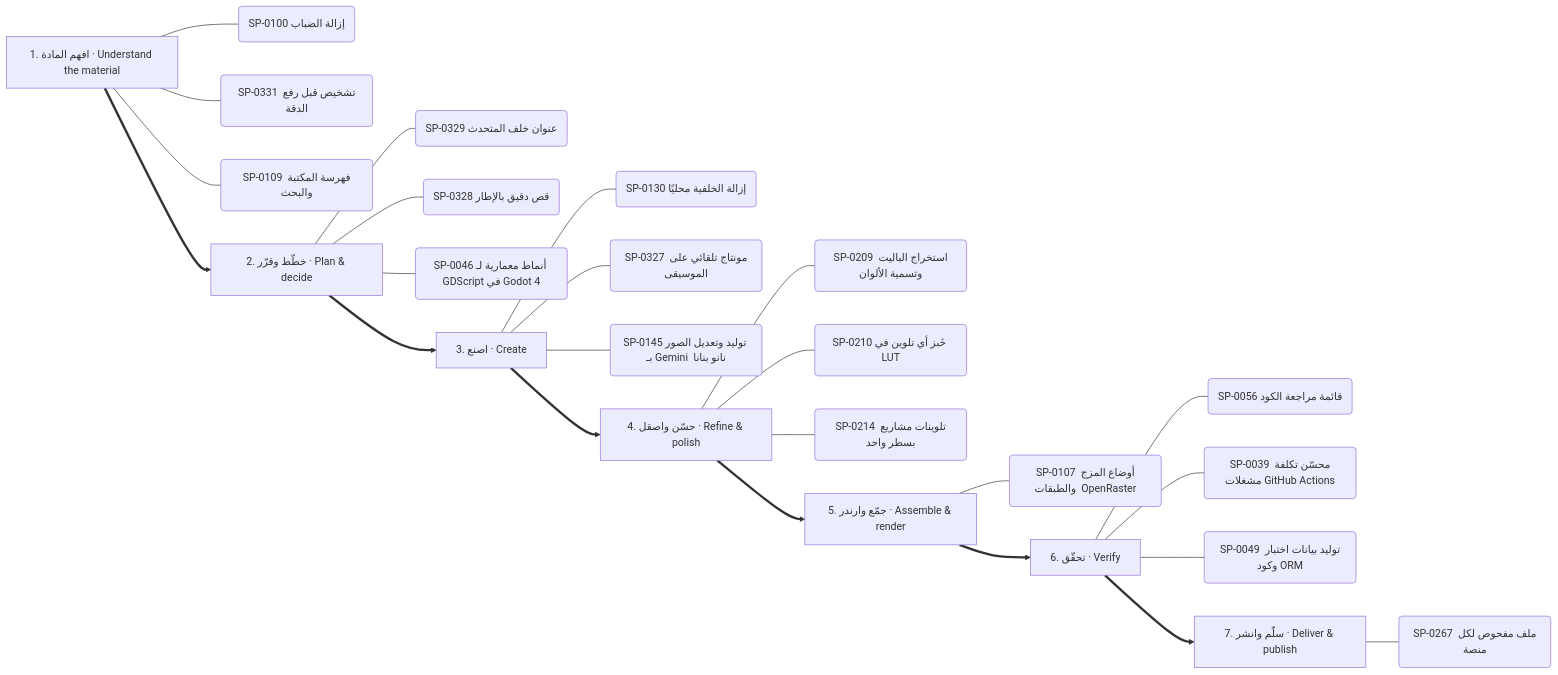
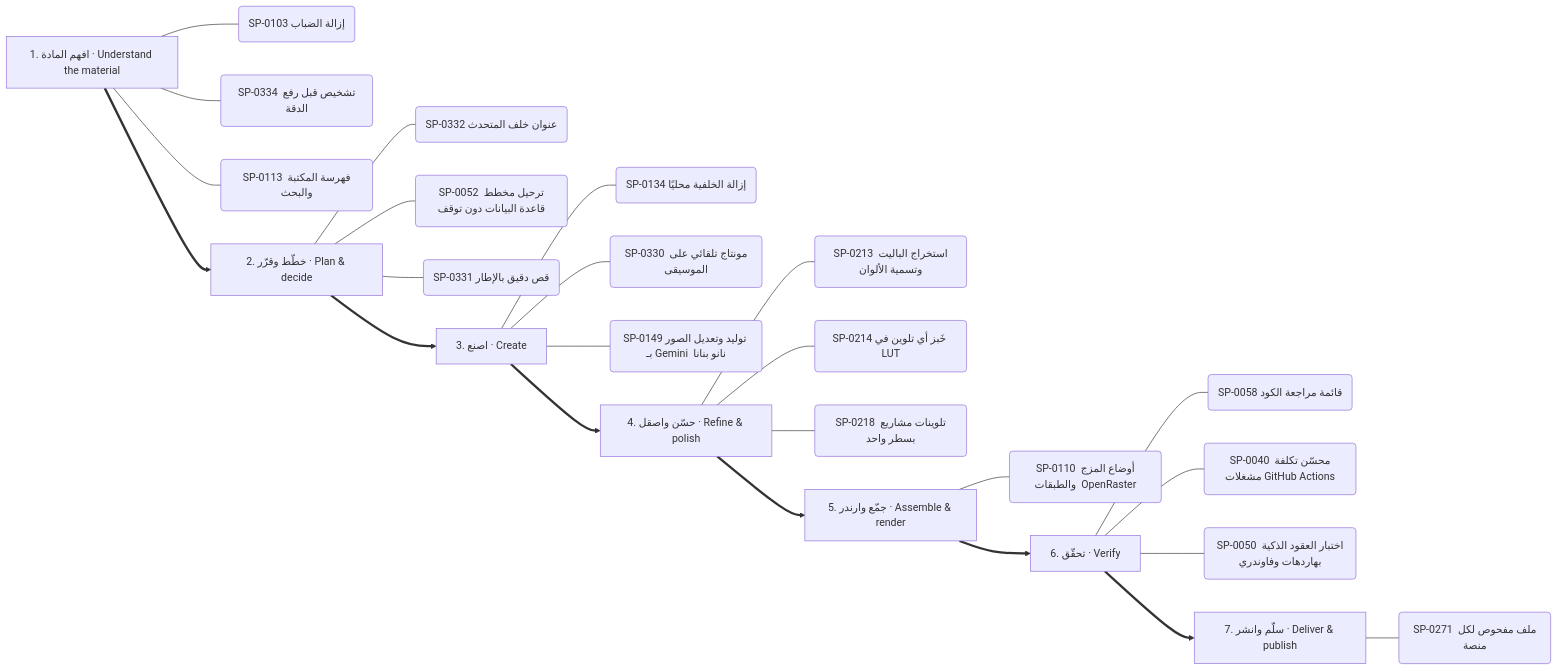
Before and after one commit to kosif199022-jpg/kosif-tool: the seventh of 13 diagrams in .claude/skills/kosif-superpowers/references/capability-mindmap.md, drawn with Mermaid. The commit also changed other lines of this file and 61 other files, not shown here.

````diff
--- a/.claude/skills/kosif-superpowers/references/capability-mindmap.md
+++ b/.claude/skills/kosif-superpowers/references/capability-mindmap.md
@@ -361,33 +362,33 @@
 ```mermaid
 flowchart LR
   S0["1. افهم المادة · Understand the material"]
-  S0 --- S0_0("SP-0100 إزالة الضباب")
-  S0 --- S0_1("SP-0331 تشخيص قبل رفع الدقة")
-  S0 --- S0_2("SP-0109 فهرسة المكتبة والبحث")
+  S0 --- S0_0("SP-0103 إزالة الضباب")
+  S0 --- S0_1("SP-0334 تشخيص قبل رفع الدقة")
+  S0 --- S0_2("SP-0113 فهرسة المكتبة والبحث")
   S1["2. خطّط وقرّر · Plan & decide"]
-  S1 --- S1_0("SP-0329 عنوان خلف المتحدث")
-  S1 --- S1_1("SP-0328 قص دقيق بالإطار")
-  S1 --- S1_2("SP-0046 أنماط معمارية لـ GDScript في Godot 4")
+  S1 --- S1_0("SP-0332 عنوان خلف المتحدث")
+  S1 --- S1_1("SP-0052 ترحيل مخطط قاعدة البيانات دون توقف")
+  S1 --- S1_2("SP-0331 قص دقيق بالإطار")
   S0 ==> S1
   S2["3. اصنع · Create"]
-  S2 --- S2_0("SP-0130 إزالة الخلفية محليًا")
-  S2 --- S2_1("SP-0327 مونتاج تلقائي على الموسيقى")
-  S2 --- S2_2("SP-0145 توليد وتعديل الصور بـ Gemini  نانو بنانا ")
+  S2 --- S2_0("SP-0134 إزالة الخلفية محليًا")
+  S2 --- S2_1("SP-0330 مونتاج تلقائي على الموسيقى")
+  S2 --- S2_2("SP-0149 توليد وتعديل الصور بـ Gemini  نانو بنانا ")
   S1 ==> S2
   S3["4. حسّن واصقل · Refine & polish"]
-  S3 --- S3_0("SP-0209 استخراج الباليت وتسمية الألوان")
-  S3 --- S3_1("SP-0210 خَبز أي تلوين في LUT")
-  S3 --- S3_2("SP-0214 تلوينات مشاريع بسطر واحد")
+  S3 --- S3_0("SP-0213 استخراج الباليت وتسمية الألوان")
+  S3 --- S3_1("SP-0214 خَبز أي تلوين في LUT")
+  S3 --- S3_2("SP-0218 تلوينات مشاريع بسطر واحد")
   S2 ==> S3
   S4["5. جمّع وارندر · Assemble & render"]
-  S4 --- S4_0("SP-0107 أوضاع المزج والطبقات  OpenRaster ")
+  S4 --- S4_0("SP-0110 أوضاع المزج والطبقات  OpenRaster ")
   S3 ==> S4
   S5["6. تحقّق · Verify"]
-  S5 --- S5_0("SP-0056 قائمة مراجعة الكود")
-  S5 --- S5_1("SP-0039 محسّن تكلفة مشغلات GitHub Actions")
-  S5 --- S5_2("SP-0049 توليد بيانات اختبار وكود ORM")
+  S5 --- S5_0("SP-0058 قائمة مراجعة الكود")
+  S5 --- S5_1("SP-0040 محسّن تكلفة مشغلات GitHub Actions")
+  S5 --- S5_2("SP-0050 اختبار العقود الذكية بهاردهات وفاوندري")
   S4 ==> S5
   S6["7. سلّم وانشر · Deliver & publish"]
-  S6 --- S6_0("SP-0267 ملف مفحوص لكل منصة")
+  S6 --- S6_0("SP-0271 ملف مفحوص لكل منصة")
   S5 ==> S6
 ```
````
